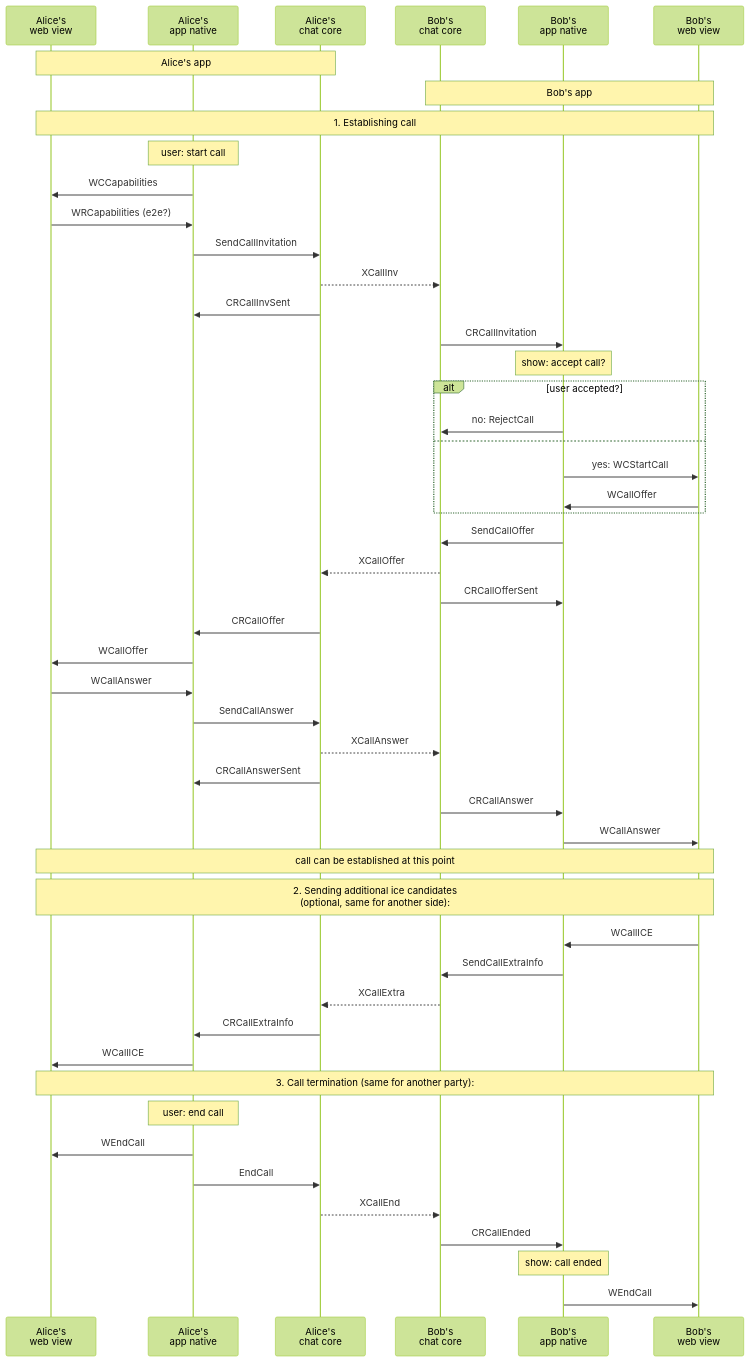
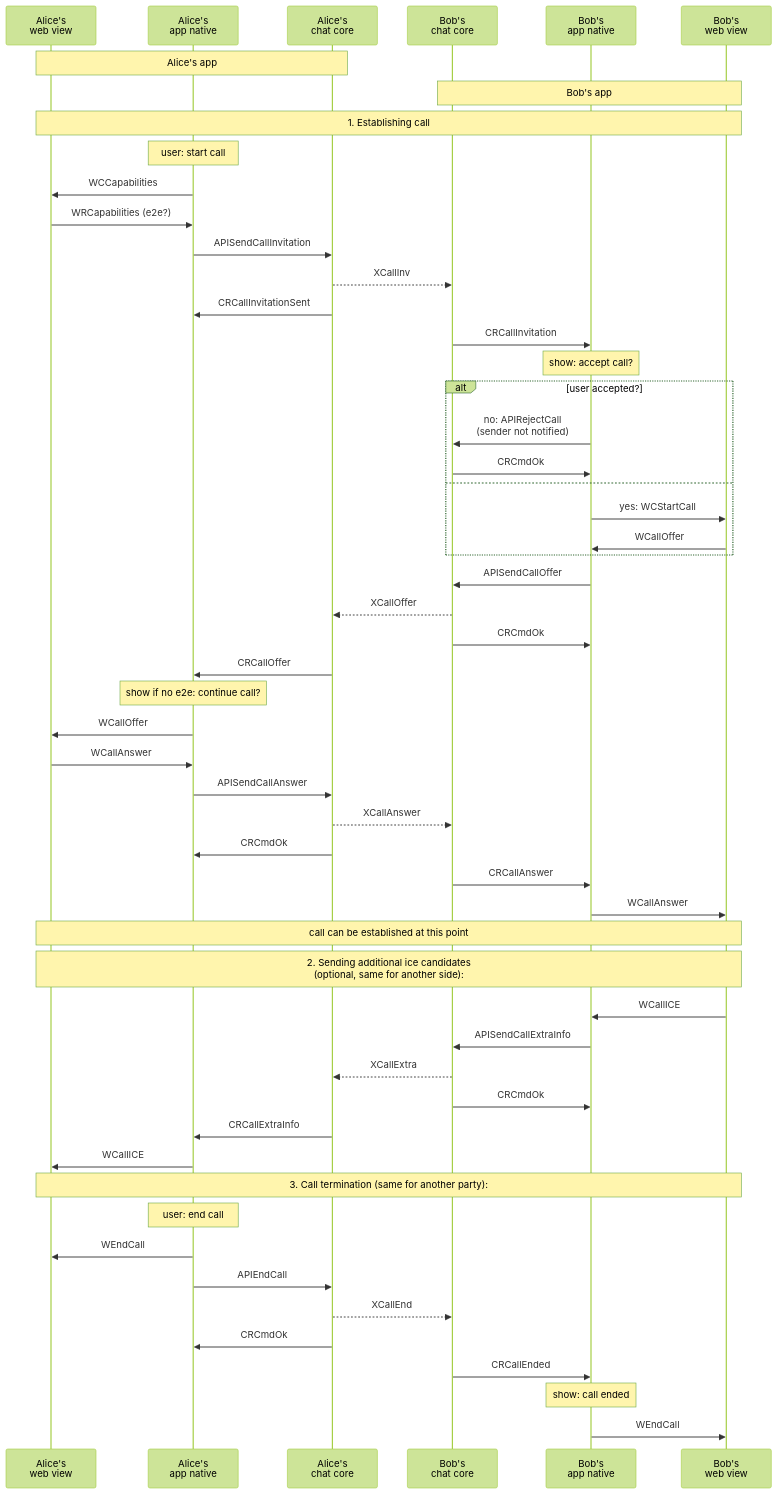
One commit to simplex-chat/simplex-chat changed the diagram in docs/rfcs/webrtc.mmd. Above: the diagram before and after it, drawn with Mermaid (forest theme).

Commit message:
update sequence diagram

```diff
--- a/docs/rfcs/webrtc.mmd
+++ b/docs/rfcs/webrtc.mmd
@@ -1,62 +1,67 @@
 sequenceDiagram
   participant AW as Alice's<br>web view
   participant AN as Alice's<br>app native
   participant AC as Alice's<br>chat core
   participant BC as Bob's<br>chat core
   participant BN as Bob's<br>app native
   participant BW as Bob's<br>web view
 
   note over AW, AC: Alice's app
   note over BC, BW: Bob's app
 
   note over AW, BW: 1. Establishing call
 
   note over AN: user: start call
   AN ->> AW: WCCapabilities
   AW ->> AN: WRCapabilities (e2e?)
 
-  AN ->> AC: SendCallInvitation
+  AN ->> AC: APISendCallInvitation
   AC -->> BC: XCallInv
-  AC ->> AN: CRCallInvSent
+  AC ->> AN: CRCallInvitationSent
 
   BC ->> BN: CRCallInvitation
   note over BN: show: accept call?
   
   alt user accepted?
-    BN ->> BC: no: RejectCall
+    BN ->> BC: no: APIRejectCall<br>(sender not notified)
+    BC ->> BN: CRCmdOk
   else
     BN ->> BW: yes: WCStartCall
     BW ->> BN: WCallOffer
   end
 
-  BN ->> BC: SendCallOffer
+  BN ->> BC: APISendCallOffer
   BC -->> AC: XCallOffer
-  BC ->> BN: CRCallOfferSent
+  BC ->> BN: CRCmdOk
   AC ->> AN: CRCallOffer
+  note over AN: show if no e2e: continue call?
+
   AN ->> AW: WCallOffer
   AW ->> AN: WCallAnswer
-  AN ->> AC: SendCallAnswer
+  AN ->> AC: APISendCallAnswer
   AC -->> BC: XCallAnswer
-  AC ->> AN: CRCallAnswerSent
+  AC ->> AN: CRCmdOk
   BC ->> BN: CRCallAnswer
   BN ->> BW: WCallAnswer
 
   note over AW, BW: call can be established at this point
 
   note over AW, BW: 2. Sending additional ice candidates<br>(optional, same for another side):
 
   BW ->> BN: WCallICE
-  BN ->> BC: SendCallExtraInfo
+  BN ->> BC: APISendCallExtraInfo
   BC -->> AC: XCallExtra
+  BC ->> BN: CRCmdOk
   AC ->> AN: CRCallExtraInfo
   AN ->> AW: WCallICE
 
   note over AW, BW: 3. Call termination (same for another party):
 
   note over AN: user: end call
   AN ->> AW: WEndCall
-  AN ->> AC: EndCall
+  AN ->> AC: APIEndCall
   AC -->> BC: XCallEnd
+  AC ->> AN: CRCmdOk
   BC ->> BN: CRCallEnded
   note over BN: show: call ended
   BN ->> BW: WEndCall
```
